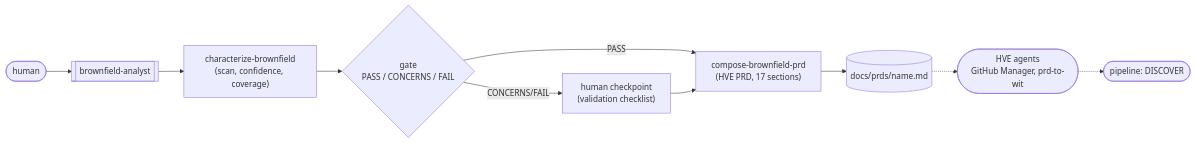
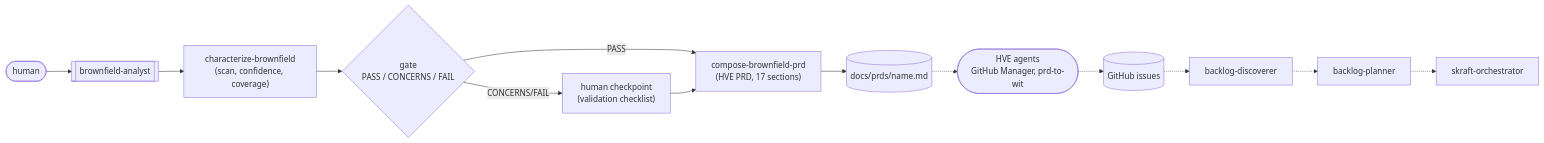
The first of 3 diagrams in docs/site/en/explanation/brownfield.md (SebastienDegodez/skraft-plugin), drawn with Mermaid before and after one commit. The commit also changed other lines of this file and 1 other file, not shown here.

````diff
--- a/docs/site/en/explanation/brownfield.md
+++ b/docs/site/en/explanation/brownfield.md
@@ -39,12 +51,15 @@
 ```mermaid
 flowchart LR
     H(["human"]) --> BA[["brownfield-analyst"]]
     BA --> CB["characterize-brownfield<br/>(scan, confidence, coverage)"]
     CB --> G{"gate<br/>PASS / CONCERNS / FAIL"}
     G -->|CONCERNS/FAIL| CHK["human checkpoint<br/>(validation checklist)"]
     G -->|PASS| CP["compose-brownfield-prd<br/>(HVE PRD, 17 sections)"]
     CHK --> CP
     CP --> PRD[("docs/prds/name.md")]
     PRD -.-> HVE(["HVE agents<br/>GitHub Manager, prd-to-wit"])
-    HVE -.-> DISCOVER(["pipeline: DISCOVER"])
+    HVE -.-> ISSUES[("GitHub issues")]
+    ISSUES -.-> BD["backlog-discoverer"]
+    BD -.-> BP["backlog-planner"]
+    BP -.-> ORCH["skraft-orchestrator"]
 ```
````
